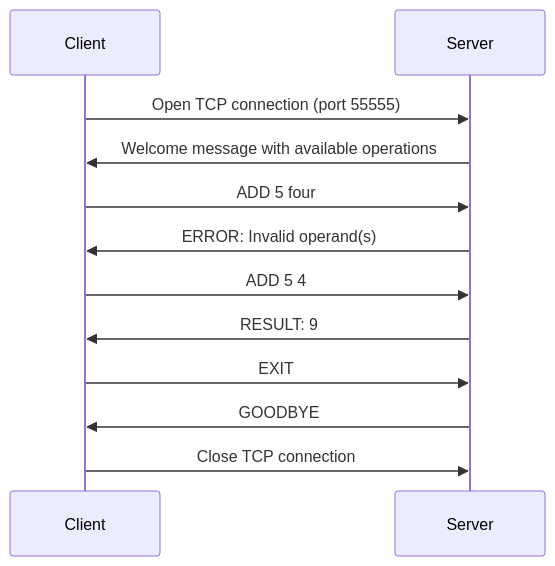
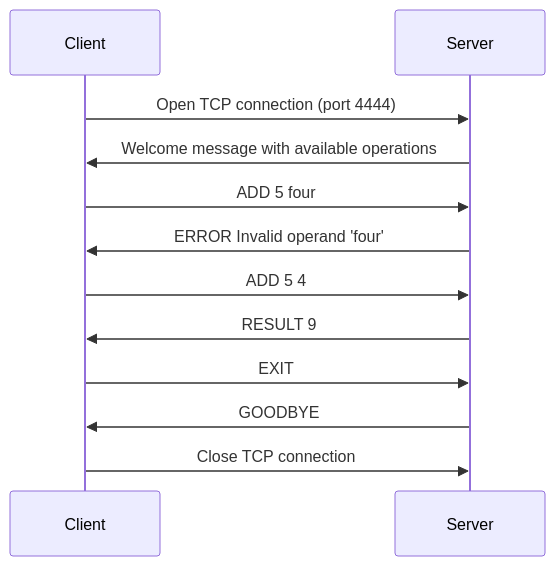
Before and after one commit to ryadbouzourene/dai-lab-protocoldesign-bouzourene-christen: the third of 5 diagrams in specs/ryadbouzourene_Anthony-Christen/protocol.md, drawn with Mermaid. The commit also changed other lines of this file, not shown here.

````diff
--- a/specs/ryadbouzourene_Anthony-Christen/protocol.md
+++ b/specs/ryadbouzourene_Anthony-Christen/protocol.md
@@ -113,15 +113,15 @@
 ```mermaid
 sequenceDiagram
   participant Client
   participant Server
 
-  Client->>Server: Open TCP connection (port 55555)
+  Client->>Server: Open TCP connection (port 4444)
   Server->>Client: Welcome message with available operations
   Client->>Server: ADD 5 four
-  Server->>Client: ERROR: Invalid operand(s)
+  Server->>Client: ERROR Invalid operand 'four'
   Client->>Server: ADD 5 4
-  Server->>Client: RESULT: 9
+  Server->>Client: RESULT 9
   Client->>Server: EXIT
   Server->>Client: GOODBYE
   Client->>Server: Close TCP connection
 ```
````
